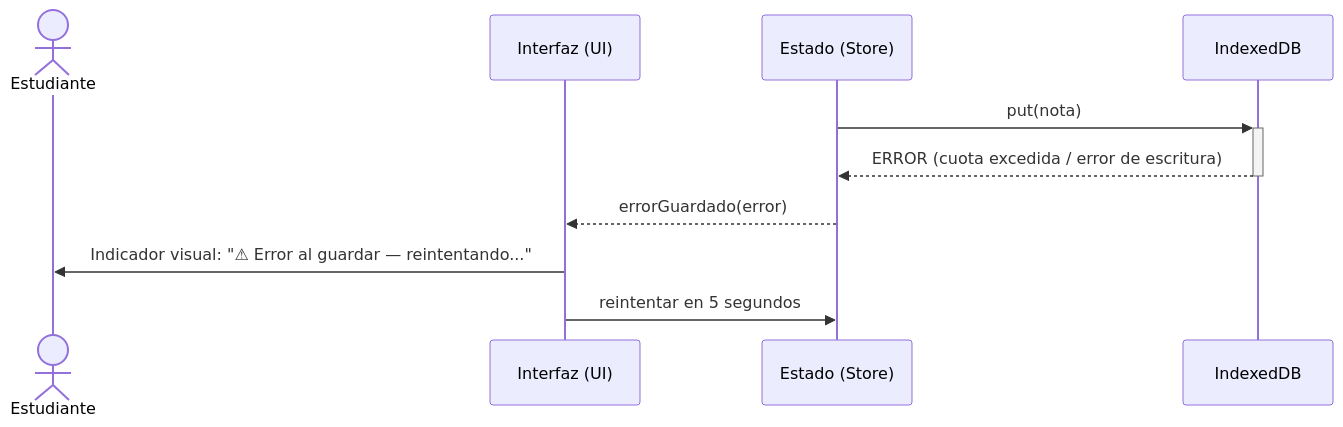
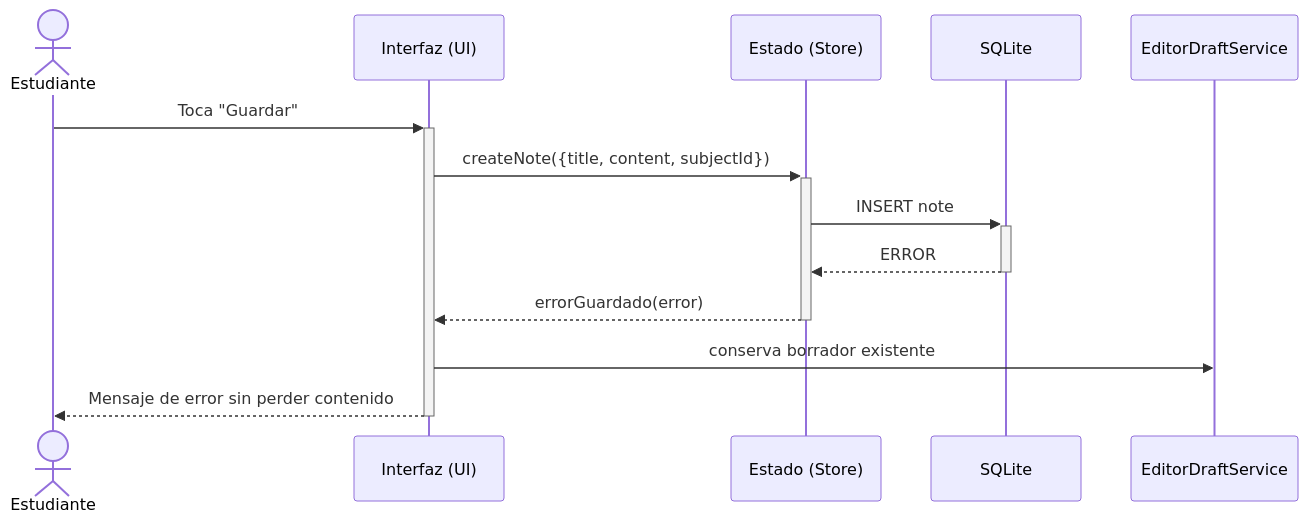
One commit to jdfesa/lumapse changed the fifth of 5 diagrams in docs/diagramas/secuencia-crear-nota.md. Above: the diagram before and after it, drawn with Mermaid. The commit also changed other lines of this file and 2 other files, not shown here.

Commit message:
docs(diagrams): update editor draft flows

````diff
--- a/docs/diagramas/secuencia-crear-nota.md
+++ b/docs/diagramas/secuencia-crear-nota.md
@@ -114,13 +132,16 @@
 ```mermaid
 sequenceDiagram
     actor EST as Estudiante
     participant UI as Interfaz (UI)
     participant STORE as Estado (Store)
-    participant IDB as IndexedDB
+    participant DB as SQLite
+    participant DRAFT as EditorDraftService
 
-    STORE ->>+ IDB: put(nota)
-    IDB -->>- STORE: ERROR (cuota excedida / error de escritura)
-    STORE -->> UI: errorGuardado(error)
-    UI ->> EST: Indicador visual: "⚠ Error al guardar — reintentando..."
-    UI ->> STORE: reintentar en 5 segundos
+    EST ->>+ UI: Toca "Guardar"
+    UI ->>+ STORE: createNote({title, content, subjectId})
+    STORE ->>+ DB: INSERT note
+    DB -->>- STORE: ERROR
+    STORE -->>- UI: errorGuardado(error)
+    UI ->> DRAFT: conserva borrador existente
+    UI -->>- EST: Mensaje de error sin perder contenido
 ```
````
